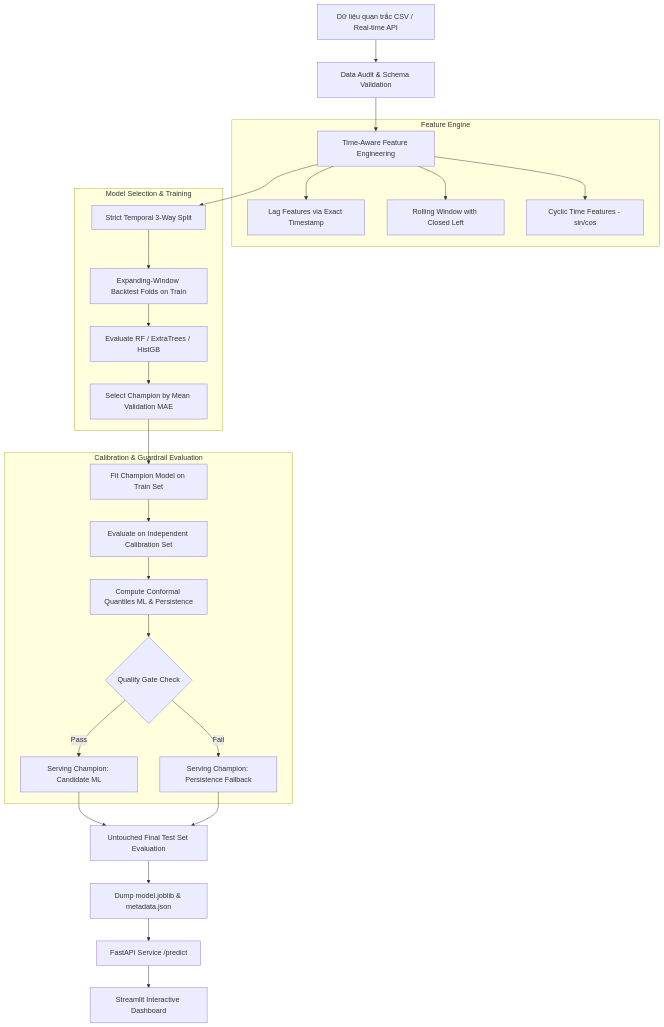
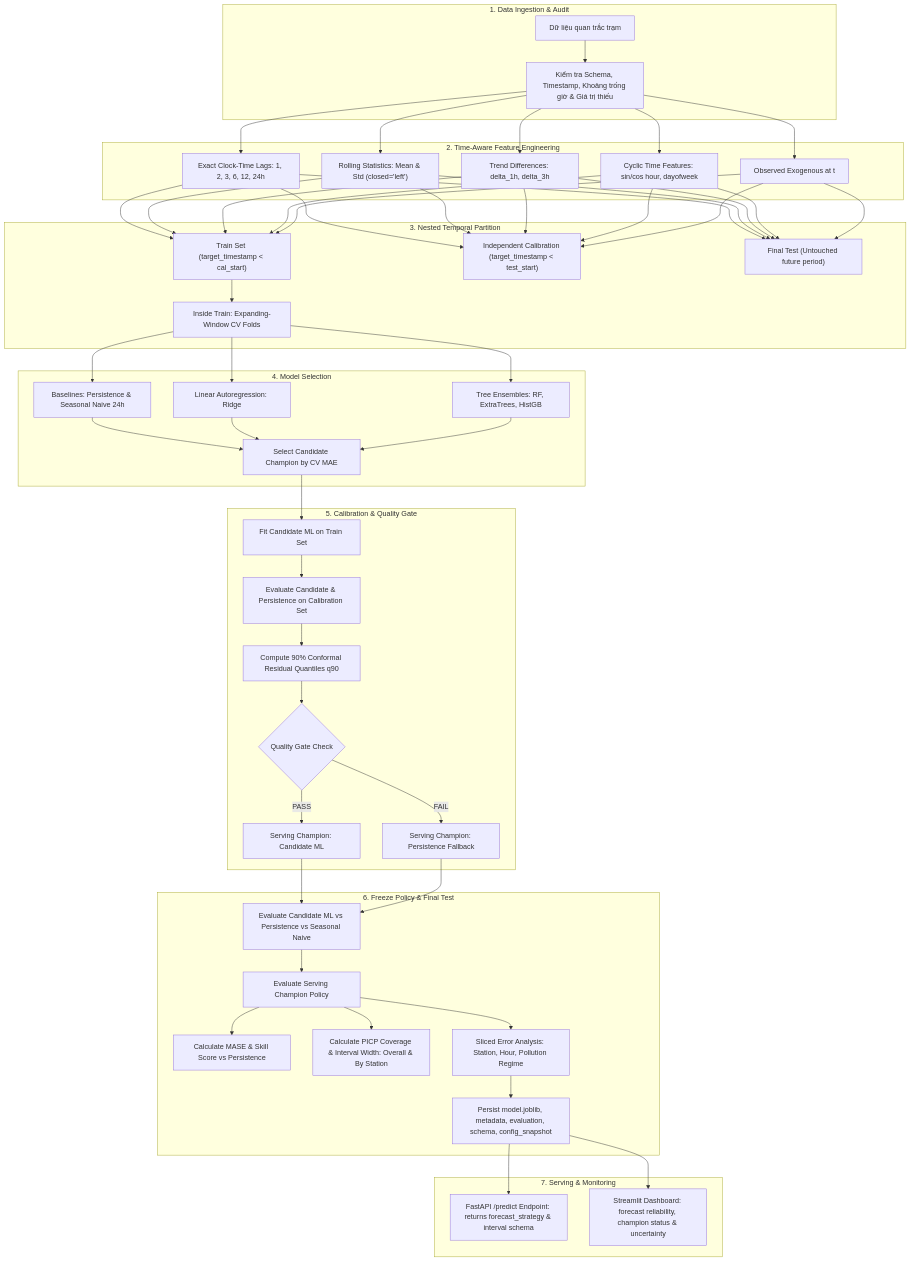
Before and after one commit to haminhthong/hcmc-pm25-forecasting: the diagram in README.md, drawn with Mermaid. The commit also changed other lines of this file and 17 other files, not shown here.

````diff
--- a/README.md
+++ b/README.md
@@ -69,35 +38,51 @@
 ```mermaid
 flowchart TD
-    A[Dữ liệu quan trắc CSV / Real-time API] --> B[Data Audit & Schema Validation]
-    B --> C[Time-Aware Feature Engineering]
-    
-    subgraph Feature Engine
-        C --> C1[Lag Features via Exact Timestamp]
-        C --> C2[Rolling Window with Closed Left]
-        C --> C3[Cyclic Time Features - sin/cos]
+    subgraph S1["1. Data Ingestion & Audit"]
+        D1[Dữ liệu quan trắc trạm] --> D2[Kiểm tra Schema, Timestamp, Khoảng trống giờ & Giá trị thiếu]
     end
-    
-    C --> D[Strict Temporal 3-Way Split]
-    
-    subgraph Model Selection & Training
-        D --> E[Expanding-Window Backtest Folds on Train]
-        E --> F[Evaluate RF / ExtraTrees / HistGB]
-        F --> G[Select Champion by Mean Validation MAE]
+
+    subgraph S2["2. Time-Aware Feature Engineering"]
+        D2 --> F1[Exact Clock-Time Lags: 1, 2, 3, 6, 12, 24h]
+        D2 --> F2["Rolling Statistics: Mean & Std (closed='left')"]
+        D2 --> F3[Trend Differences: delta_1h, delta_3h]
+        D2 --> F4[Cyclic Time Features: sin/cos hour, dayofweek]
+        D2 --> F5[Observed Exogenous at t]
     end
-    
-    G --> H[Fit Champion Model on Train Set]
-    
-    subgraph Calibration & Guardrail Evaluation
-        H --> I[Evaluate on Independent Calibration Set]
-        I --> J[Compute Conformal Quantiles ML & Persistence]
-        J --> K{Quality Gate Check}
-        K -- Pass --> L[Serving Champion: Candidate ML]
-        K -- Fail --> M[Serving Champion: Persistence Fallback]
+
+    subgraph S3["3. Nested Temporal Partition"]
+        F1 & F2 & F3 & F4 & F5 --> SP1["Train Set (target_timestamp < cal_start)"]
+        SP1 --> SP2["Inside Train: Expanding-Window CV Folds"]
+        F1 & F2 & F3 & F4 & F5 --> SP3["Independent Calibration (target_timestamp < test_start)"]
+        F1 & F2 & F3 & F4 & F5 --> SP4["Final Test (Untouched future period)"]
     end
-    
-    L --> N[Untouched Final Test Set Evaluation]
-    M --> N
-    N --> O[Dump model.joblib & metadata.json]
-    O --> P[FastAPI Service /predict]
-    P --> Q[Streamlit Interactive Dashboard]
+
+    subgraph S4["4. Model Selection"]
+        SP2 --> M1[Baselines: Persistence & Seasonal Naive 24h]
+        SP2 --> M2[Linear Autoregression: Ridge]
+        SP2 --> M3[Tree Ensembles: RF, ExtraTrees, HistGB]
+        M1 & M2 & M3 --> M4[Select Candidate Champion by CV MAE]
+    end
+
+    subgraph S5["5. Calibration & Quality Gate"]
+        M4 --> C1[Fit Candidate ML on Train Set]
+        C1 --> C2[Evaluate Candidate & Persistence on Calibration Set]
+        C2 --> C3[Compute 90% Conformal Residual Quantiles q90]
+        C3 --> QG{Quality Gate Check}
+        QG -- PASS --> CH1[Serving Champion: Candidate ML]
+        QG -- FAIL --> CH2[Serving Champion: Persistence Fallback]
+    end
+
+    subgraph S6["6. Freeze Policy & Final Test"]
+        CH1 & CH2 --> T1[Evaluate Candidate ML vs Persistence vs Seasonal Naive]
+        T1 --> T2[Evaluate Serving Champion Policy]
+        T2 --> T3[Calculate MASE & Skill Score vs Persistence]
+        T2 --> T4[Calculate PICP Coverage & Interval Width: Overall & By Station]
+        T2 --> T5[Sliced Error Analysis: Station, Hour, Pollution Regime]
+        T5 --> T6[Persist model.joblib, metadata, evaluation, schema, config_snapshot]
+    end
+
+    subgraph S7["7. Serving & Monitoring"]
+        T6 --> Srv1[FastAPI /predict Endpoint: returns forecast_strategy & interval schema]
+        T6 --> Srv2[Streamlit Dashboard: forecast reliability, champion status & uncertainty]
+    end
 ```
````
